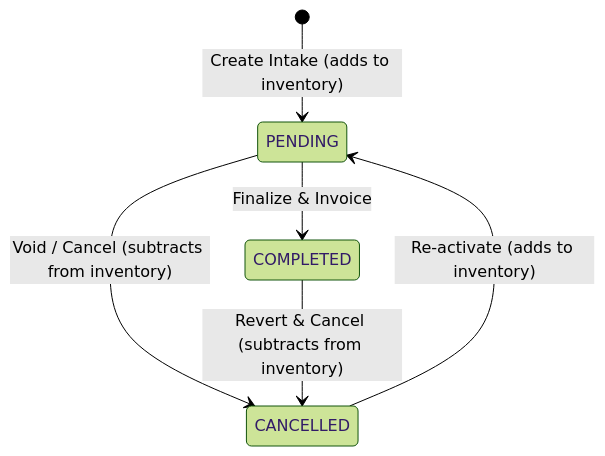
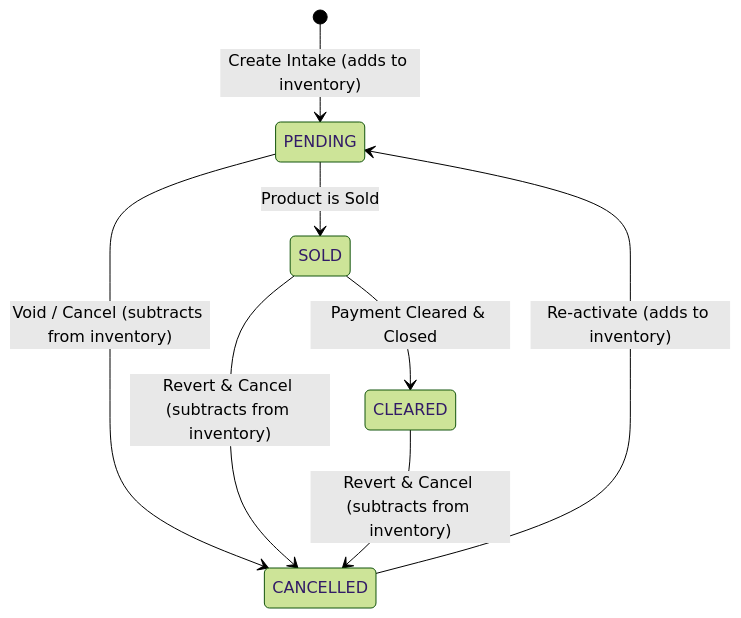
The diagram in docs/intake-guide.md (muhammadbinmakbool/Business-Mart), drawn with Mermaid (forest theme) before and after one commit. The commit also changed other lines of this file and 7 other files, not shown here.

Commit message:
feat: introduce status filter tabs and sold/cleared status workflow for goods intake

````diff
--- a/docs/intake-guide.md
+++ b/docs/intake-guide.md
@@ -35,8 +35,10 @@
 ```mermaid
 stateDiagram-v2
     [*] --> PENDING : Create Intake (adds to inventory)
-    PENDING --> COMPLETED : Finalize & Invoice
+    PENDING --> SOLD : Product is Sold
+    SOLD --> CLEARED : Payment Cleared & Closed
     PENDING --> CANCELLED : Void / Cancel (subtracts from inventory)
-    COMPLETED --> CANCELLED : Revert & Cancel (subtracts from inventory)
+    SOLD --> CANCELLED : Revert & Cancel (subtracts from inventory)
+    CLEARED --> CANCELLED : Revert & Cancel (subtracts from inventory)
     CANCELLED --> PENDING : Re-activate (adds to inventory)
 ```
````
